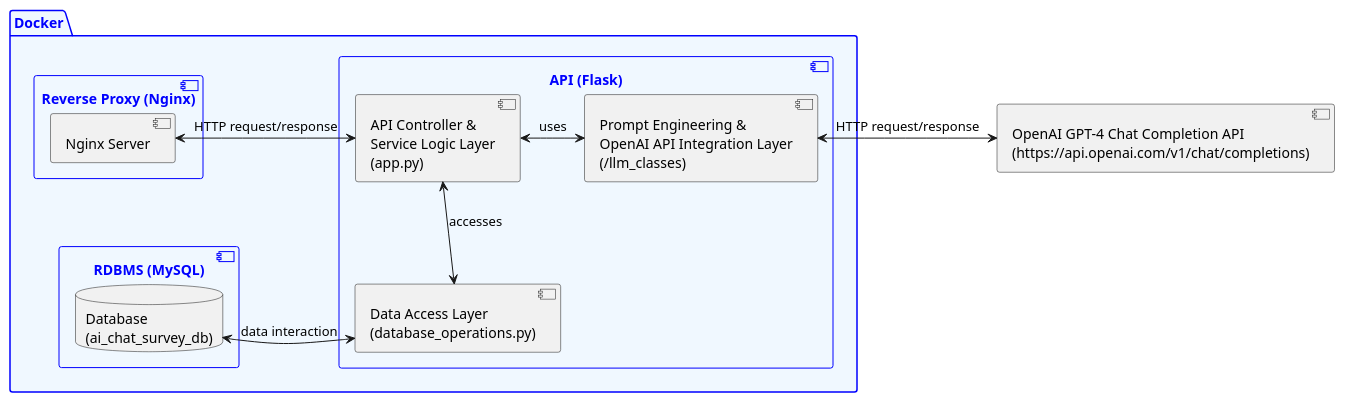
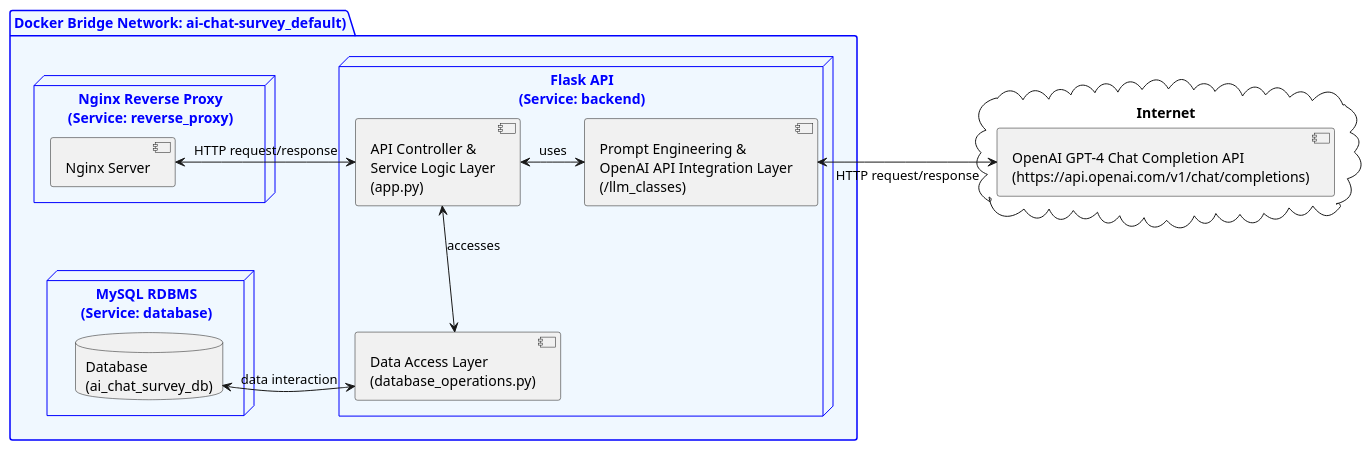
One commit to pakshuang/ai-chat-survey changed the diagram in docs/diagrams/src/backend-architecture.plantuml. Above: the diagram before and after it, drawn with PlantUML. The commit also changed 6 other files, not shown here.

First line of the commit message:
Update tech report with installation instructions, architecture details, and DevOps section (#233)

```diff
--- a/docs/diagrams/src/backend-architecture.plantuml
+++ b/docs/diagrams/src/backend-architecture.plantuml
@@ -1,26 +1,30 @@
 @startuml backend-architecture
 
-package "Docker" #aliceblue;line:blue;text:blue {
-    component "API (Flask)" as backend #aliceblue;line:blue;text:blue {
+package "Docker Bridge Network: ai-chat-survey_default)" #aliceblue;line:blue;text:blue {
+    node "Flask API\n(Service: backend)" as backend #aliceblue;line:blue;text:blue {
         [Prompt Engineering &\nOpenAI API Integration Layer\n(/llm_classes)] as OA
         [API Controller &\nService Logic Layer\n(app.py)] as API
         [Data Access Layer\n(database_operations.py)] as DAL
     }
 
-    component "Reverse Proxy (Nginx)" as reverse_proxy #aliceblue;line:blue;text:blue {
+    node "Nginx Reverse Proxy\n(Service: reverse_proxy)" as reverse_proxy #aliceblue;line:blue;text:blue {
         [Nginx Server] as nginx
     }
 
-    component "RDBMS (MySQL)" as database #aliceblue;line:blue;text:blue {
+    node "MySQL RDBMS\n(Service: database)" as database #aliceblue;line:blue;text:blue {
         database "Database\n(ai_chat_survey_db)" as DB
     }
-
+    
     nginx <-right-> API : HTTP request/response
     API <-down-> DAL : accesses
     DAL <-right-> DB : data interaction
     OA <-left-> API : uses
 }
 
-[OpenAI GPT-4 Chat Completion API\n(https://api.openai.com/v1/chat/completions)] <-left-> OA: HTTP request/response
+cloud "Internet" {
+    [OpenAI GPT-4 Chat Completion API\n(https://api.openai.com/v1/chat/completions)]  as chat_api
+} 
+
+OA <-right-> chat_api: HTTP request/response
 
 @enduml
```
